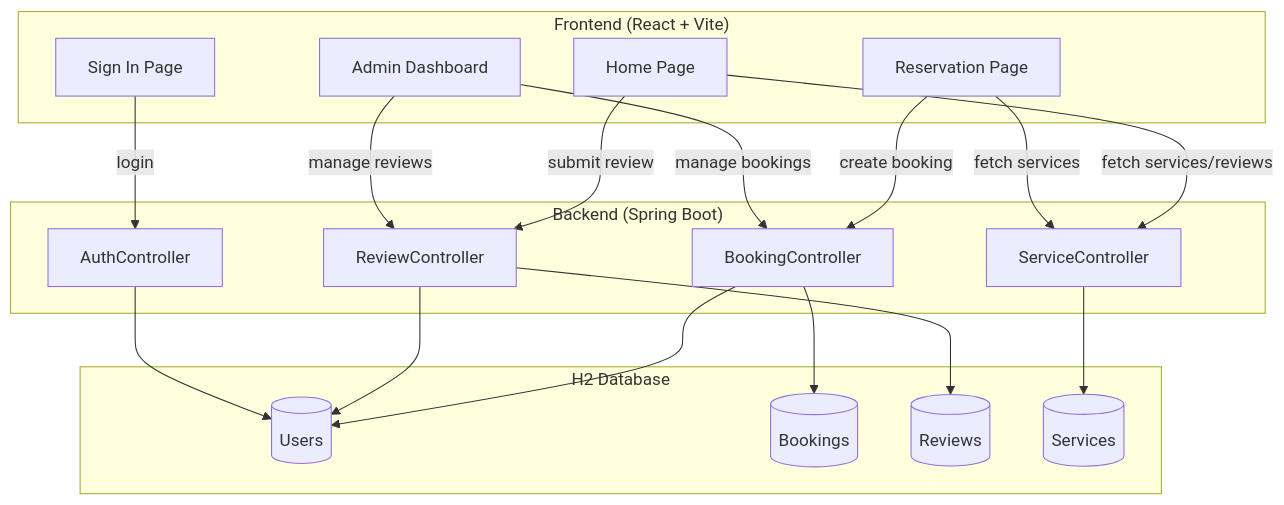
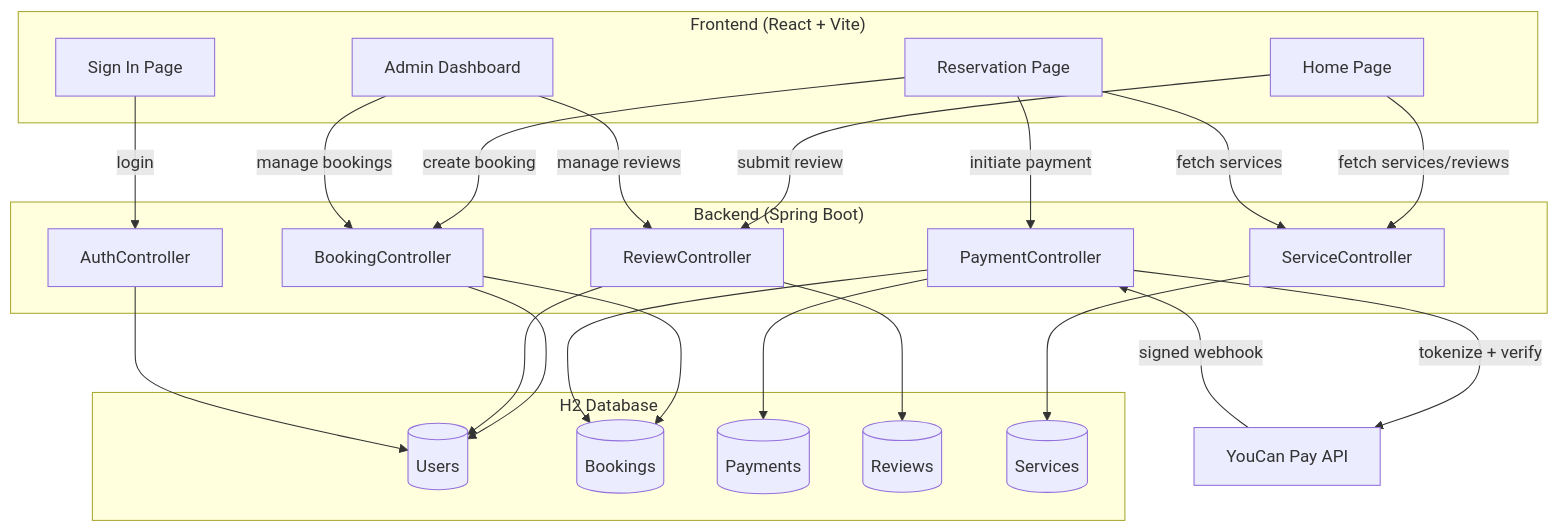
Before and after one commit to amineelgardoum-rgb/ZIGGIZ: the first of 8 diagrams in README.md, drawn with Mermaid. The commit also changed other lines of this file and 75 other files, not shown here.

````diff
--- a/README.md
+++ b/README.md
@@ -30,38 +31,47 @@
 ```mermaid
 graph TB
     subgraph Frontend["Frontend (React + Vite)"]
         Home["Home Page"]
         Reservation["Reservation Page"]
         SignIn["Sign In Page"]
         AdminDash["Admin Dashboard"]
     end
 
     subgraph Backend["Backend (Spring Boot)"]
         AuthAPI["AuthController"]
         BookingAPI["BookingController"]
         ReviewAPI["ReviewController"]
         ServiceAPI["ServiceController"]
+        PaymentAPI["PaymentController"]
     end
 
     subgraph Database["H2 Database"]
         Users[(Users)]
         Bookings[(Bookings)]
+        Payments[(Payments)]
         Reviews[(Reviews)]
         Services[(Services)]
     end
+
+    YCP["YouCan Pay API"]
 
     Home -->|"fetch services/reviews"| ServiceAPI
     Home -->|"submit review"| ReviewAPI
     Reservation -->|"create booking"| BookingAPI
     Reservation -->|"fetch services"| ServiceAPI
+    Reservation -->|"initiate payment"| PaymentAPI
     SignIn -->|"login"| AuthAPI
     AdminDash -->|"manage bookings"| BookingAPI
     AdminDash -->|"manage reviews"| ReviewAPI
 
+    PaymentAPI -->|"tokenize + verify"| YCP
+    YCP -->|"signed webhook"| PaymentAPI
     BookingAPI --> Bookings
     BookingAPI --> Users
+    PaymentAPI --> Payments
+    PaymentAPI --> Bookings
     ReviewAPI --> Reviews
     ReviewAPI --> Users
     ServiceAPI --> Services
     AuthAPI --> Users
 ```
````
